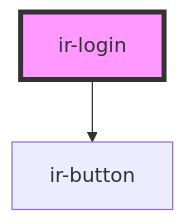
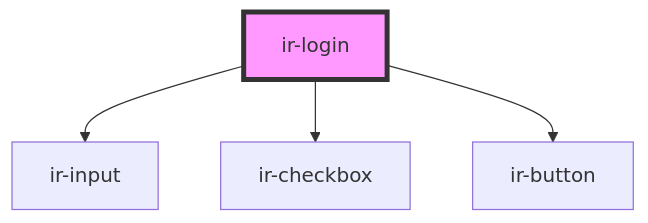
The diagram in src/components/ir-login/readme.md (David1Chowaifaty/assignment-2-web-c), drawn with Mermaid before and after one commit. The commit also changed other lines of this file and 8 other files, not shown here.

````diff
--- a/src/components/ir-login/readme.md
+++ b/src/components/ir-login/readme.md
@@ -15,5 +17,7 @@
 ```mermaid
 graph TD;
+  ir-login --> ir-input
+  ir-login --> ir-checkbox
   ir-login --> ir-button
   style ir-login fill:#f9f,stroke:#333,stroke-width:4px
 ```
````
